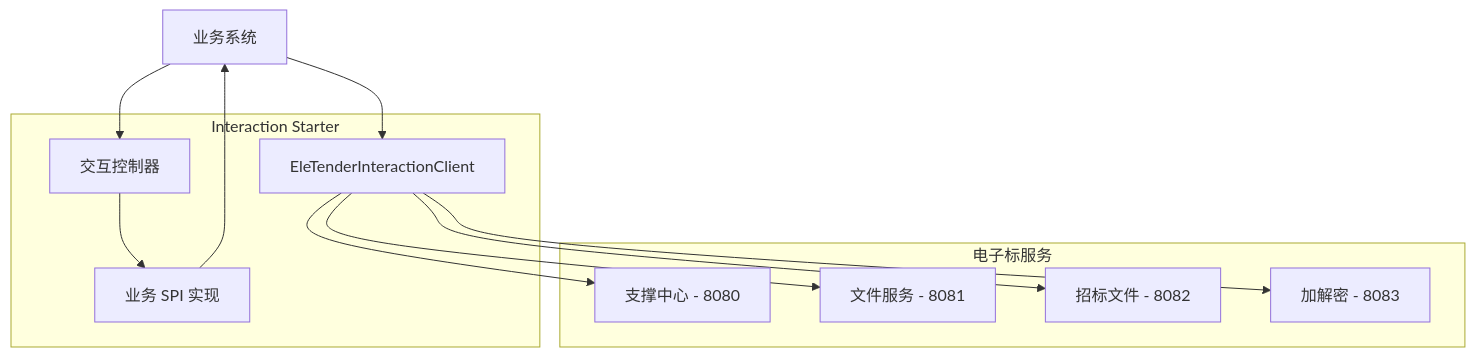
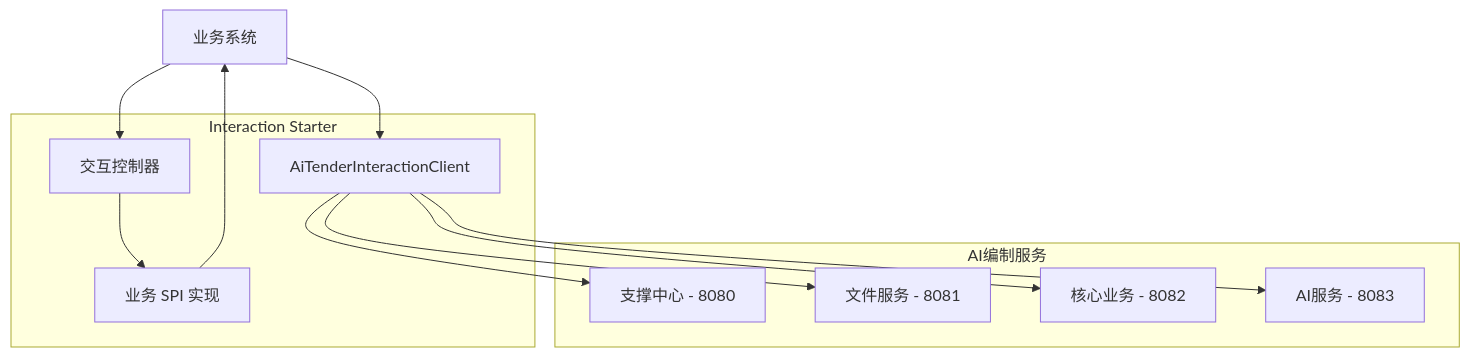
The sixth of 8 diagrams in docs/guides/系统架构设计文档.md (DrunkFood/First), drawn with Mermaid before and after one commit. The commit also changed other lines of this file and 9 other files, not shown here.

````diff
--- a/docs/guides/系统架构设计文档.md
+++ b/docs/guides/系统架构设计文档.md
@@ -402,28 +406,28 @@
 ```mermaid
 graph TB
     BusinessSystem[业务系统]
     
     subgraph "Interaction Starter"
-        Client[EleTenderInteractionClient]
+        Client[AiTenderInteractionClient]
         Controller[交互控制器]
         SPI[业务 SPI 实现]
     end
     
-    subgraph "电子标服务"
+    subgraph "AI编制服务"
         Support[支撑中心 - 8080]
         File[文件服务 - 8081]
-        TenderDoc[招标文件 - 8082]
-        Crypto[加解密 - 8083]
+        Core[核心业务 - 8082]
+        Ai[AI服务 - 8083]
     end
     
     BusinessSystem --> Client
     BusinessSystem --> Controller
     
     Client --> Support
     Client --> File
-    Client --> TenderDoc
-    Client --> Crypto
+    Client --> Core
+    Client --> Ai
     
     Controller --> SPI
     SPI --> BusinessSystem
 ```
````
